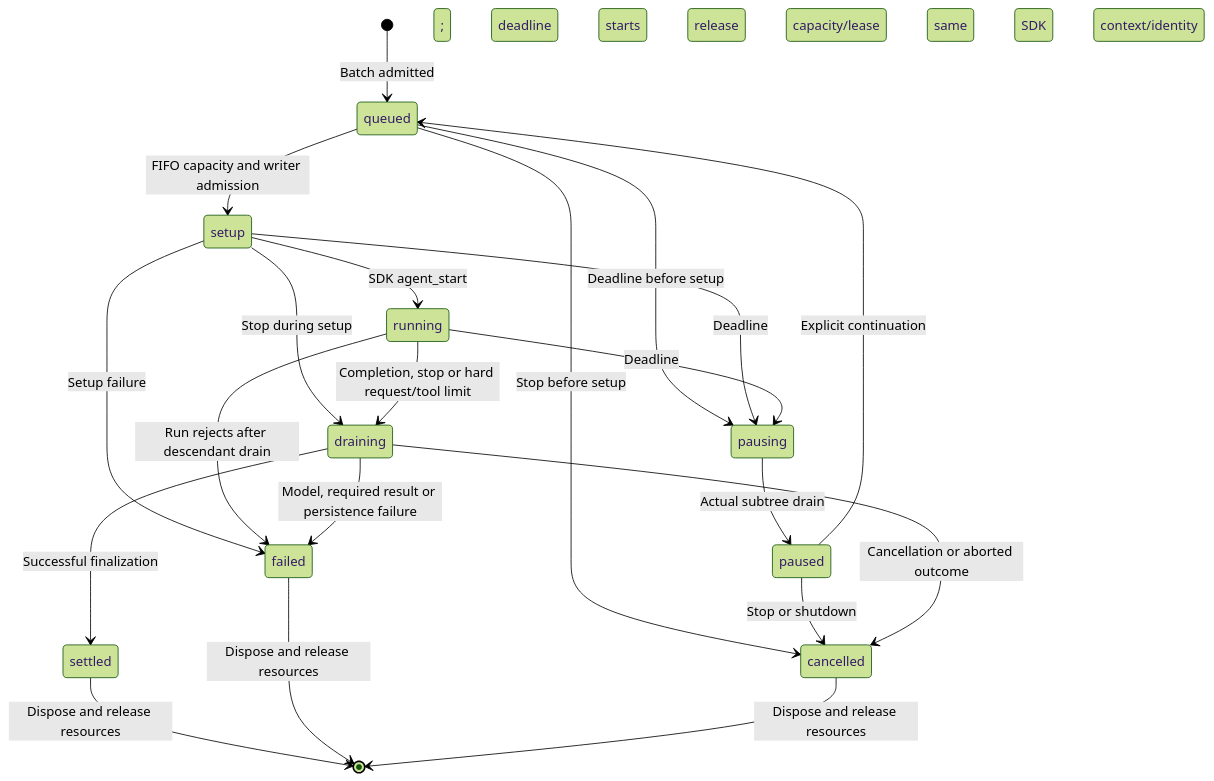
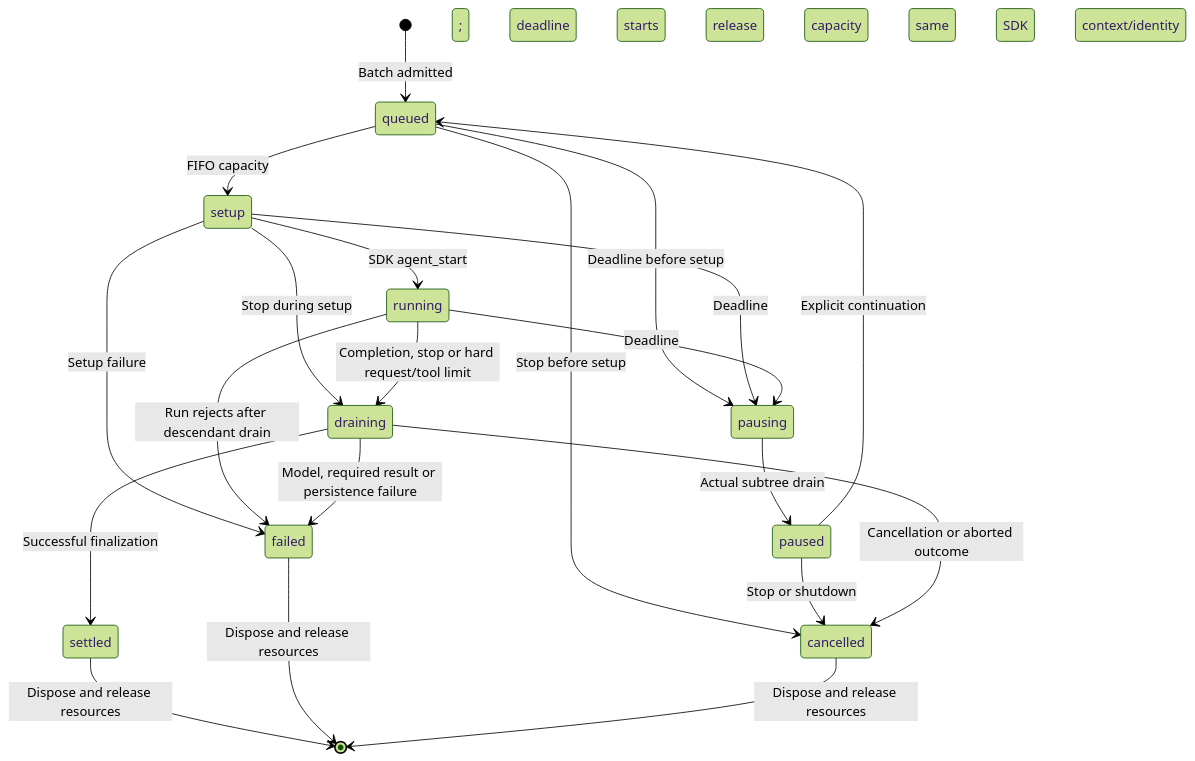
The second of 2 diagrams in ARCHITECTURE.md (howarewoo/pi-extended-subagents), drawn with Mermaid (forest theme) before and after one commit. The commit also changed other lines of this file and 30 other files, not shown here.

````diff
--- a/ARCHITECTURE.md
+++ b/ARCHITECTURE.md
@@ -93,23 +93,23 @@
 ```mermaid
 stateDiagram-v2
     [*] --> queued: Batch admitted; deadline starts
-    queued --> setup: FIFO capacity and writer admission
+    queued --> setup: FIFO capacity
     queued --> cancelled: Stop before setup
     queued --> pausing: Deadline before setup
     setup --> pausing: Deadline
     running --> pausing: Deadline
-    pausing --> paused: Actual subtree drain; release capacity/lease
+    pausing --> paused: Actual subtree drain; release capacity
     paused --> queued: Explicit continuation; same SDK context/identity
     paused --> cancelled: Stop or shutdown
     setup --> running: SDK agent_start
     setup --> failed: Setup failure
     setup --> draining: Stop during setup
     running --> draining: Completion, stop or hard request/tool limit
     running --> failed: Run rejects after descendant drain
     draining --> settled: Successful finalization
     draining --> failed: Model, required result or persistence failure
     draining --> cancelled: Cancellation or aborted outcome
     settled --> [*]: Dispose and release resources
     failed --> [*]: Dispose and release resources
     cancelled --> [*]: Dispose and release resources
 ```
````
